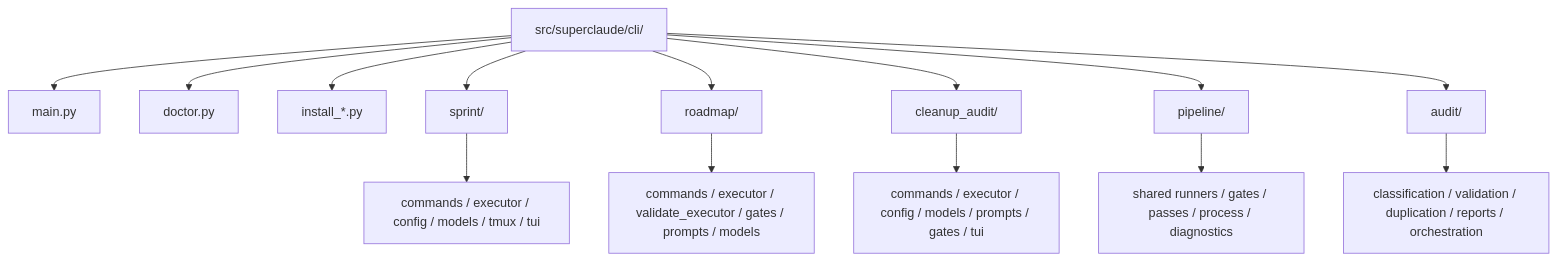
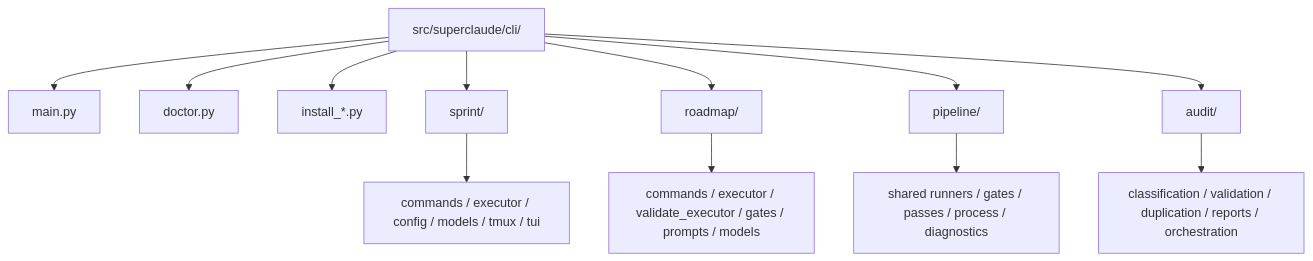
The sixth of 8 diagrams in docs/generated/contributor-knowledge-base/architecture-guide.md (IronbellyOrg/IronClaude), drawn with Mermaid before and after one commit. The commit also changed other lines of this file and 71 other files, not shown here.

First line of the commit message:
refactor(cli): remove the cleanup-audit headless runner (6.0.0)

````diff
--- a/docs/generated/contributor-knowledge-base/architecture-guide.md
+++ b/docs/generated/contributor-knowledge-base/architecture-guide.md
@@ -307,18 +305,16 @@
 ```mermaid
 flowchart TB
     CLI[src/superclaude/cli/]
     CLI --> MAIN[main.py]
     CLI --> DOCTOR[doctor.py]
     CLI --> INSTALLERS[install_*.py]
     CLI --> SPRINT[sprint/]
     CLI --> ROADMAP[roadmap/]
-    CLI --> CLEANUP[cleanup_audit/]
     CLI --> PIPELINE[pipeline/]
     CLI --> AUDIT[audit/]
 
     SPRINT --> SPRINT_PARTS[commands / executor / config / models / tmux / tui]
     ROADMAP --> ROADMAP_PARTS[commands / executor / validate_executor / gates / prompts / models]
-    CLEANUP --> CLEANUP_PARTS[commands / executor / config / models / prompts / gates / tui]
     PIPELINE --> PIPELINE_PARTS[shared runners / gates / passes / process / diagnostics]
     AUDIT --> AUDIT_PARTS[classification / validation / duplication / reports / orchestration]
 ```
````
